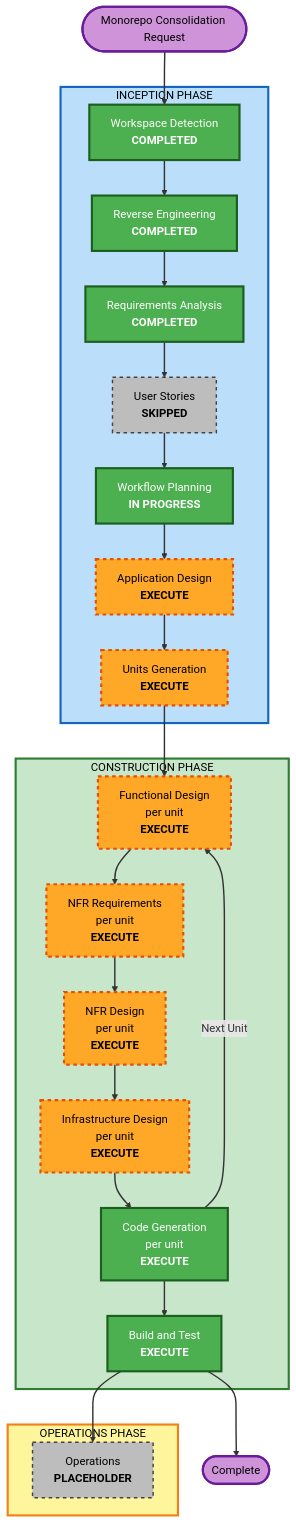
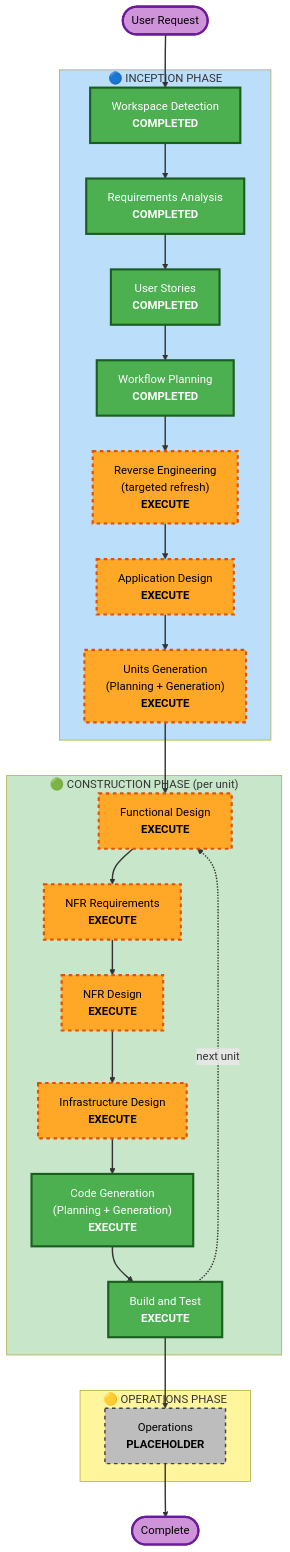
The diagram in aidlc-docs/inception/plans/execution-plan.md (remontasupport/remontamarketplace), drawn with Mermaid before and after one commit. The commit also changed other lines of this file and 72 other files, not shown here.

First line of the commit message:
AI-DLC: backend cycle inception and S1 design

````diff
--- a/aidlc-docs/inception/plans/execution-plan.md
+++ b/aidlc-docs/inception/plans/execution-plan.md
@@ -108,66 +57,66 @@
 ```mermaid
 flowchart TD
-    Start(["Monorepo Consolidation Request"])
+    Start(["User Request"])
 
-    subgraph INCEPTION["INCEPTION PHASE"]
+    subgraph INCEPTION["🔵 INCEPTION PHASE"]
         WD["Workspace Detection<br/><b>COMPLETED</b>"]
-        RE["Reverse Engineering<br/><b>COMPLETED</b>"]
+        RE["Reverse Engineering<br/>(targeted refresh)<br/><b>EXECUTE</b>"]
         RA["Requirements Analysis<br/><b>COMPLETED</b>"]
-        US["User Stories<br/><b>SKIPPED</b>"]
-        WP["Workflow Planning<br/><b>IN PROGRESS</b>"]
+        US["User Stories<br/><b>COMPLETED</b>"]
+        WP["Workflow Planning<br/><b>COMPLETED</b>"]
         AD["Application Design<br/><b>EXECUTE</b>"]
-        UG["Units Generation<br/><b>EXECUTE</b>"]
+        UG["Units Generation<br/>(Planning + Generation)<br/><b>EXECUTE</b>"]
     end
 
-    subgraph CONSTRUCTION["CONSTRUCTION PHASE"]
-        FD["Functional Design<br/>per unit<br/><b>EXECUTE</b>"]
-        NFRA["NFR Requirements<br/>per unit<br/><b>EXECUTE</b>"]
-        NFRD["NFR Design<br/>per unit<br/><b>EXECUTE</b>"]
-        ID["Infrastructure Design<br/>per unit<br/><b>EXECUTE</b>"]
-        CG["Code Generation<br/>per unit<br/><b>EXECUTE</b>"]
+    subgraph CONSTRUCTION["🟢 CONSTRUCTION PHASE (per unit)"]
+        FD["Functional Design<br/><b>EXECUTE</b>"]
+        NFRA["NFR Requirements<br/><b>EXECUTE</b>"]
+        NFRD["NFR Design<br/><b>EXECUTE</b>"]
+        ID["Infrastructure Design<br/><b>EXECUTE</b>"]
+        CG["Code Generation<br/>(Planning + Generation)<br/><b>EXECUTE</b>"]
         BT["Build and Test<br/><b>EXECUTE</b>"]
     end
 
-    subgraph OPERATIONS["OPERATIONS PHASE"]
+    subgraph OPERATIONS["🟡 OPERATIONS PHASE"]
         OPS["Operations<br/><b>PLACEHOLDER</b>"]
     end
 
     Start --> WD
-    WD --> RE
-    RE --> RA
+    WD --> RA
     RA --> US
     US --> WP
-    WP --> AD
+    WP --> RE
+    RE --> AD
     AD --> UG
     UG --> FD
     FD --> NFRA
     NFRA --> NFRD
     NFRD --> ID
     ID --> CG
-    CG -->|Next Unit| FD
     CG --> BT
+    BT -.->|next unit| FD
     BT --> OPS
-    BT --> Done(["Complete"])
+    OPS --> End(["Complete"])
 
     style WD fill:#4CAF50,stroke:#1B5E20,stroke-width:3px,color:#fff
-    style RE fill:#4CAF50,stroke:#1B5E20,stroke-width:3px,color:#fff
     style RA fill:#4CAF50,stroke:#1B5E20,stroke-width:3px,color:#fff
+    style US fill:#4CAF50,stroke:#1B5E20,stroke-width:3px,color:#fff
     style WP fill:#4CAF50,stroke:#1B5E20,stroke-width:3px,color:#fff
-    style CG fill:#4CAF50,stroke:#1B5E20,stroke-width:3px,color:#fff
-    style BT fill:#4CAF50,stroke:#1B5E20,stroke-width:3px,color:#fff
-    style US fill:#BDBDBD,stroke:#424242,stroke-width:2px,stroke-dasharray: 5 5,color:#000
+    style RE fill:#FFA726,stroke:#E65100,stroke-width:3px,stroke-dasharray: 5 5,color:#000
     style AD fill:#FFA726,stroke:#E65100,stroke-width:3px,stroke-dasharray: 5 5,color:#000
     style UG fill:#FFA726,stroke:#E65100,stroke-width:3px,stroke-dasharray: 5 5,color:#000
     style FD fill:#FFA726,stroke:#E65100,stroke-width:3px,stroke-dasharray: 5 5,color:#000
     style NFRA fill:#FFA726,stroke:#E65100,stroke-width:3px,stroke-dasharray: 5 5,color:#000
     style NFRD fill:#FFA726,stroke:#E65100,stroke-width:3px,stroke-dasharray: 5 5,color:#000
     style ID fill:#FFA726,stroke:#E65100,stroke-width:3px,stroke-dasharray: 5 5,color:#000
+    style CG fill:#4CAF50,stroke:#1B5E20,stroke-width:3px,color:#fff
+    style BT fill:#4CAF50,stroke:#1B5E20,stroke-width:3px,color:#fff
     style OPS fill:#BDBDBD,stroke:#424242,stroke-width:2px,stroke-dasharray: 5 5,color:#000
-    style INCEPTION fill:#BBDEFB,stroke:#1565C0,stroke-width:3px,color:#000
-    style CONSTRUCTION fill:#C8E6C9,stroke:#2E7D32,stroke-width:3px,color:#000
-    style OPERATIONS fill:#FFF59D,stroke:#F57F17,stroke-width:3px,color:#000
     style Start fill:#CE93D8,stroke:#6A1B9A,stroke-width:3px,color:#000
-    style Done fill:#CE93D8,stroke:#6A1B9A,stroke-width:3px,color:#000
+    style End fill:#CE93D8,stroke:#6A1B9A,stroke-width:3px,color:#000
+    style INCEPTION fill:#BBDEFB
+    style CONSTRUCTION fill:#C8E6C9
+    style OPERATIONS fill:#FFF59D
 
     linkStyle default stroke:#333,stroke-width:2px
 ```
````
